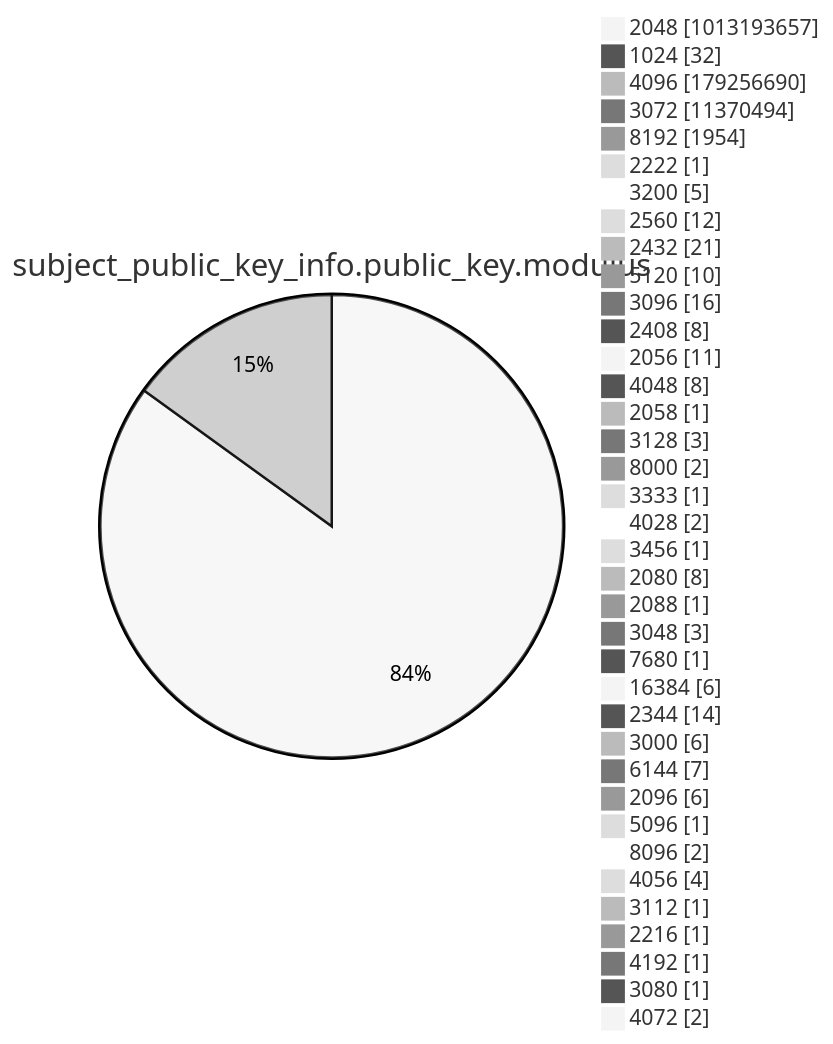
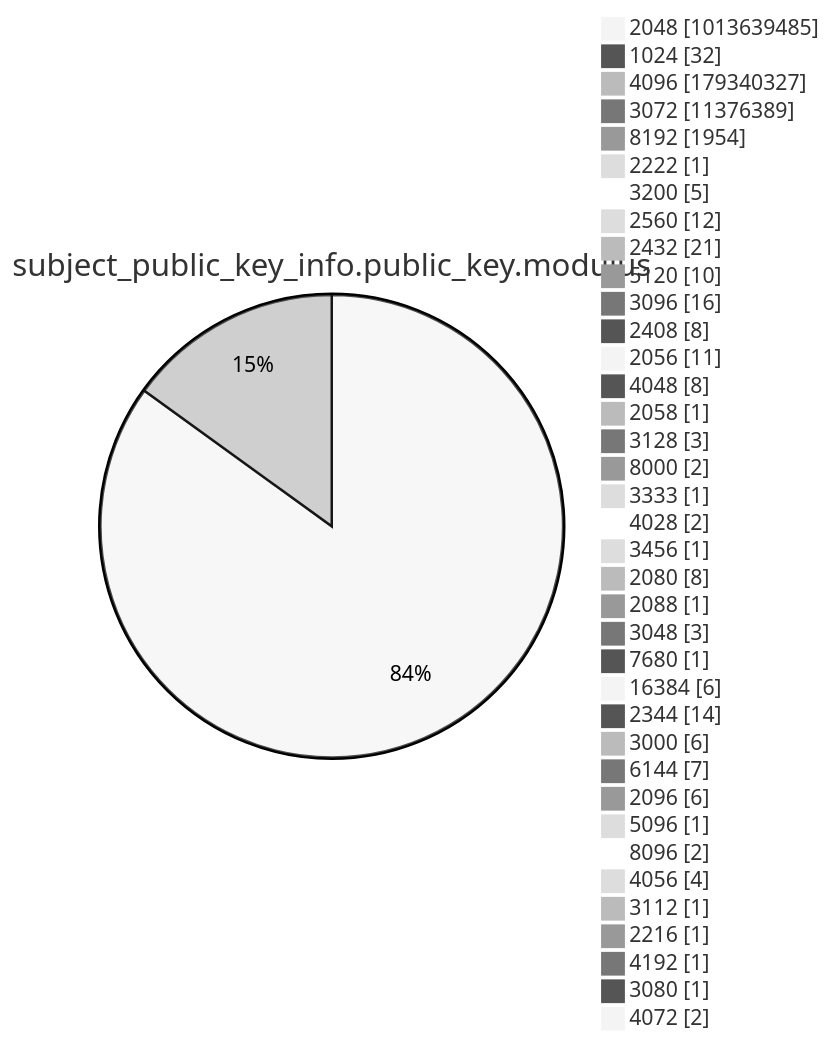
One commit to christiankrug/ctmonitor_visualization changed diagram 13 of 15 in argon2022/README.md. Above: the diagram before and after it, drawn with Mermaid (neutral theme). The commit also changed other lines of this file, not shown here.

````diff
--- a/argon2022/README.md
+++ b/argon2022/README.md
@@ -3588,41 +3588,41 @@
 ```mermaid
 pie showData
 title subject_public_key_info.public_key.modulus
-"2048" :1013193657
+"2048" :1013639485
 "1024" :32
-"4096" :179256690
-"3072" :11370494
+"4096" :179340327
+"3072" :11376389
 "8192" :1954
 "2222" :1
 "3200" :5
 "2560" :12
 "2432" :21
 "5120" :10
 "3096" :16
 "2408" :8
 "2056" :11
 "4048" :8
 "2058" :1
 "3128" :3
 "8000" :2
 "3333" :1
 "4028" :2
 "3456" :1
 "2080" :8
 "2088" :1
 "3048" :3
 "7680" :1
 "16384" :6
 "2344" :14
 "3000" :6
 "6144" :7
 "2096" :6
 "5096" :1
 "8096" :2
 "4056" :4
 "3112" :1
 "2216" :1
 "4192" :1
 "3080" :1
 "4072" :2
 ```
````
